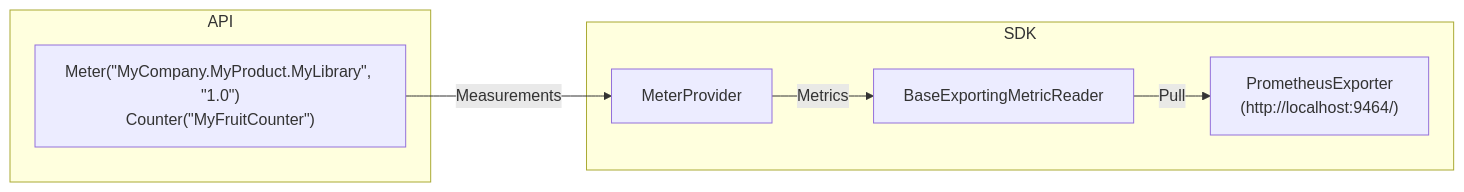
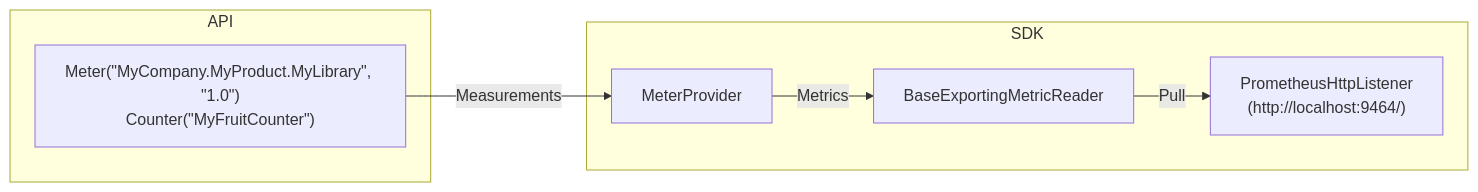
One commit to open-telemetry/opentelemetry-dotnet changed the first of 2 diagrams in docs/metrics/getting-started-prometheus-grafana/README.md. Above: the diagram before and after it, drawn with Mermaid. The commit also changed other lines of this file and 5 other files, not shown here.

````diff
--- a/docs/metrics/getting-started-prometheus-grafana/README.md
+++ b/docs/metrics/getting-started-prometheus-grafana/README.md
@@ -57,17 +58,17 @@
 ```mermaid
 graph LR
 
 subgraph SDK
   MeterProvider
   MetricReader[BaseExportingMetricReader]
-  PrometheusExporter["PrometheusExporter<br/>(http://localhost:9464/)"]
+  PrometheusHttpListener["PrometheusHttpListener<br/>(http://localhost:9464/)"]
 end
 
 subgraph API
   Instrument["Meter(#quot;MyCompany.MyProduct.MyLibrary#quot;, #quot;1.0#quot;)<br/>Counter(#quot;MyFruitCounter#quot;)"]
 end
 
 Instrument --> | Measurements | MeterProvider
 
-MeterProvider --> | Metrics | MetricReader --> | Pull | PrometheusExporter
+MeterProvider --> | Metrics | MetricReader --> | Pull | PrometheusHttpListener
 ```
````
